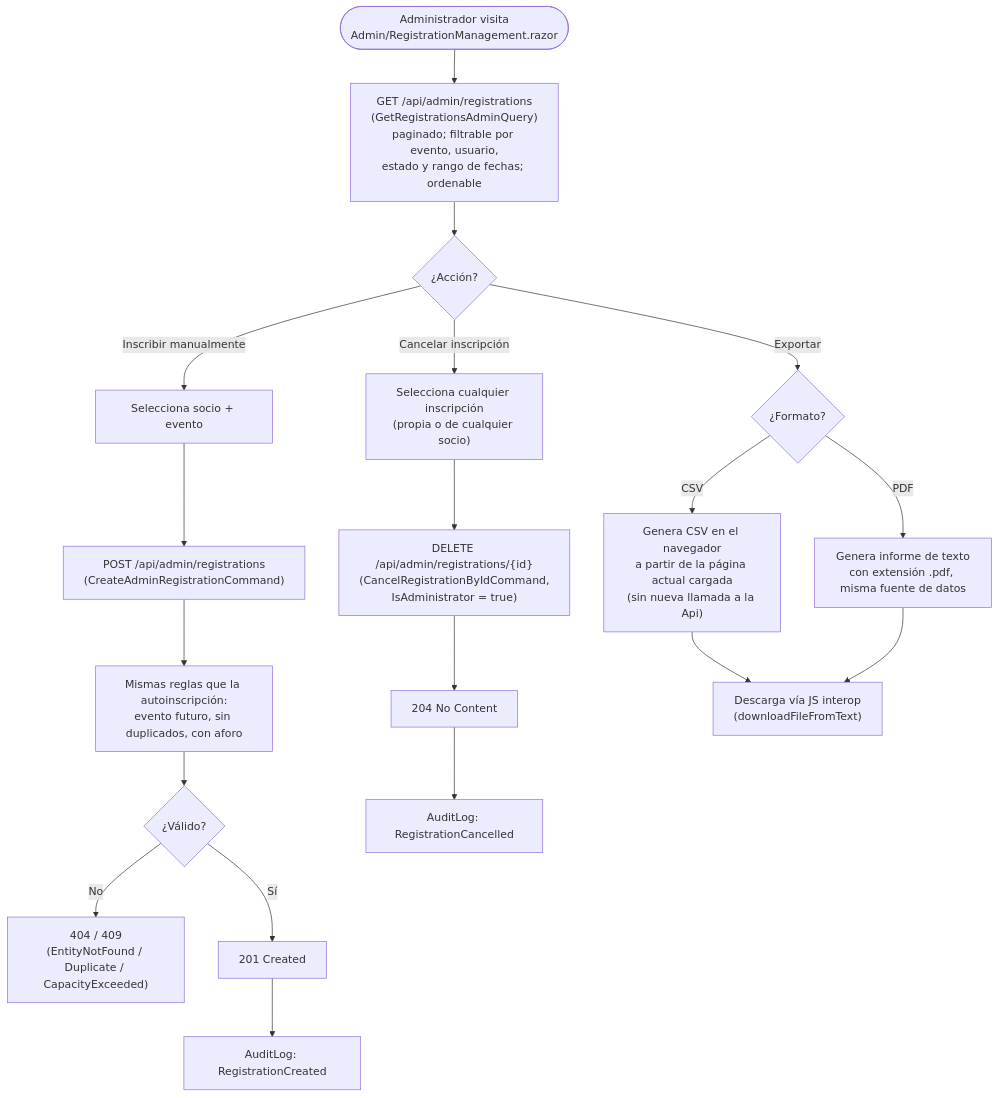
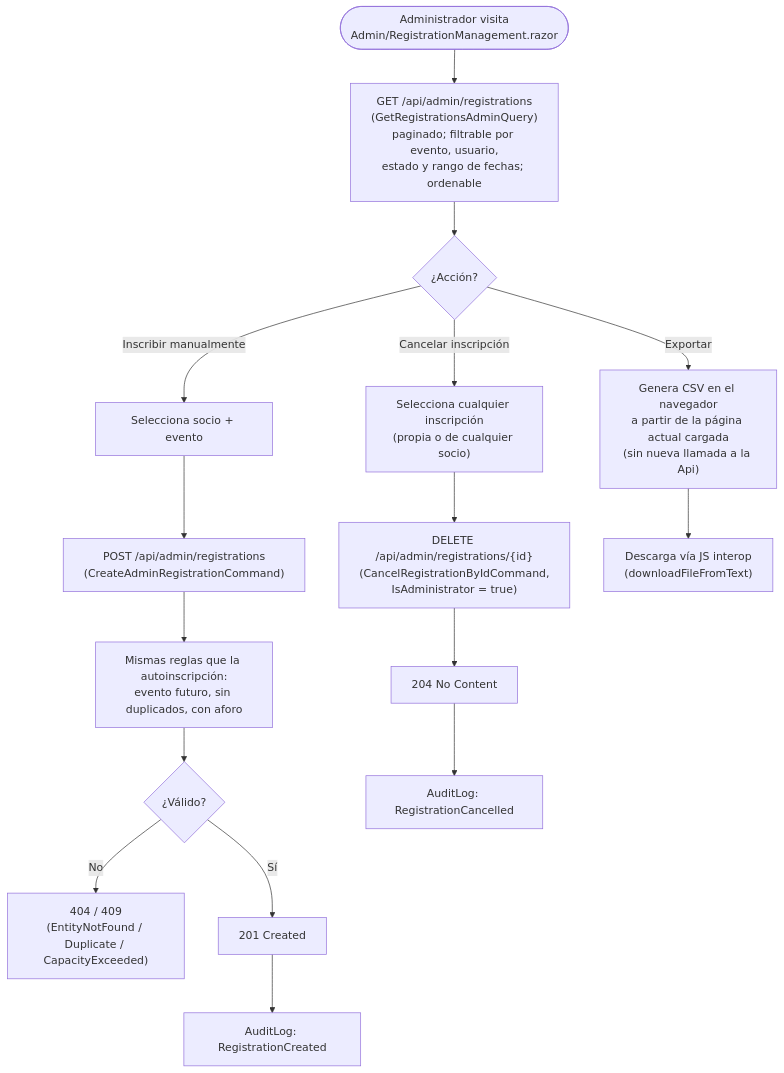
The diagram in docs/operations/administracion-inscripciones.md (AlejBlasco/SportsClubEventManager), drawn with Mermaid before and after one commit. The commit also changed other lines of this file and 14 other files, not shown here.

````diff
--- a/docs/operations/administracion-inscripciones.md
+++ b/docs/operations/administracion-inscripciones.md
@@ -7,24 +7,21 @@
 ```mermaid
 flowchart TD
     Start(["Administrador visita<br/>Admin/RegistrationManagement.razor"]) --> List["GET /api/admin/registrations<br/>(GetRegistrationsAdminQuery)<br/>paginado; filtrable por evento, usuario,<br/>estado y rango de fechas; ordenable"]
     List --> Action{"¿Acción?"}
 
     Action -->|Inscribir manualmente| Manual["Selecciona socio + evento"]
     Manual --> PostReg["POST /api/admin/registrations<br/>(CreateAdminRegistrationCommand)"]
     PostReg --> SameChecks["Mismas reglas que la autoinscripción:<br/>evento futuro, sin duplicados, con aforo"]
     SameChecks --> ManualResult{"¿Válido?"}
     ManualResult -->|No| E409["404 / 409<br/>(EntityNotFound / Duplicate / CapacityExceeded)"]
     ManualResult -->|Sí| ManualOk["201 Created"]
     ManualOk --> Audit1["AuditLog: RegistrationCreated"]
 
     Action -->|Cancelar inscripción| CancelAny["Selecciona cualquier inscripción<br/>(propia o de cualquier socio)"]
     CancelAny --> DeleteReg["DELETE /api/admin/registrations/{id}<br/>(CancelRegistrationByIdCommand,<br/>IsAdministrator = true)"]
     DeleteReg --> CancelOk["204 No Content"]
     CancelOk --> Audit2["AuditLog: RegistrationCancelled"]
 
-    Action -->|Exportar| Export{"¿Formato?"}
-    Export -->|CSV| Csv["Genera CSV en el navegador<br/>a partir de la página actual cargada<br/>(sin nueva llamada a la Api)"]
-    Export -->|PDF| Pdf["Genera informe de texto<br/>con extensión .pdf, misma fuente de datos"]
+    Action -->|Exportar| Csv["Genera CSV en el navegador<br/>a partir de la página actual cargada<br/>(sin nueva llamada a la Api)"]
     Csv --> Download["Descarga vía JS interop<br/>(downloadFileFromText)"]
-    Pdf --> Download
 ```
````
